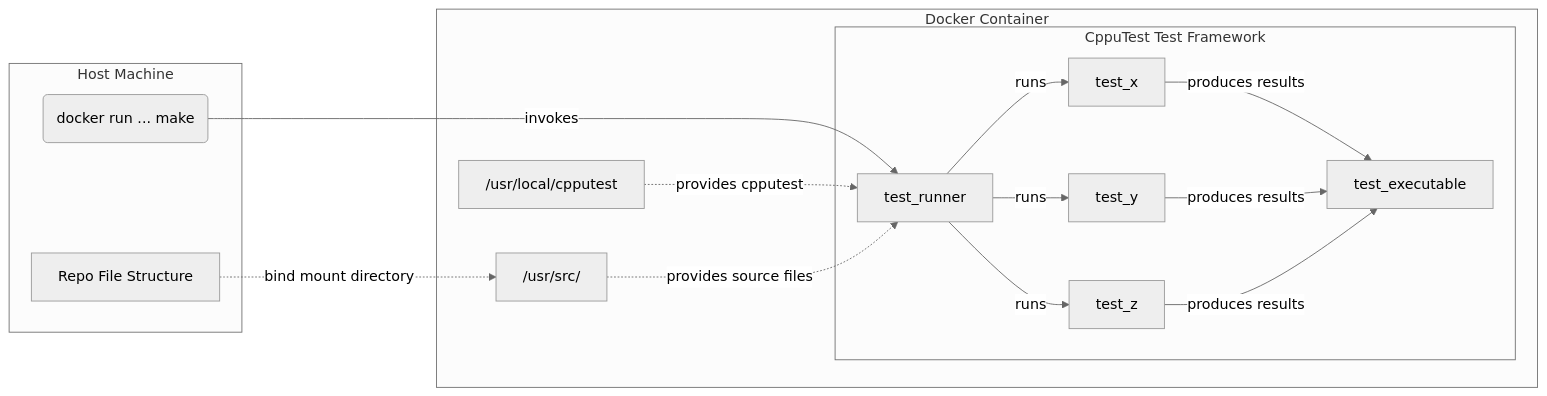
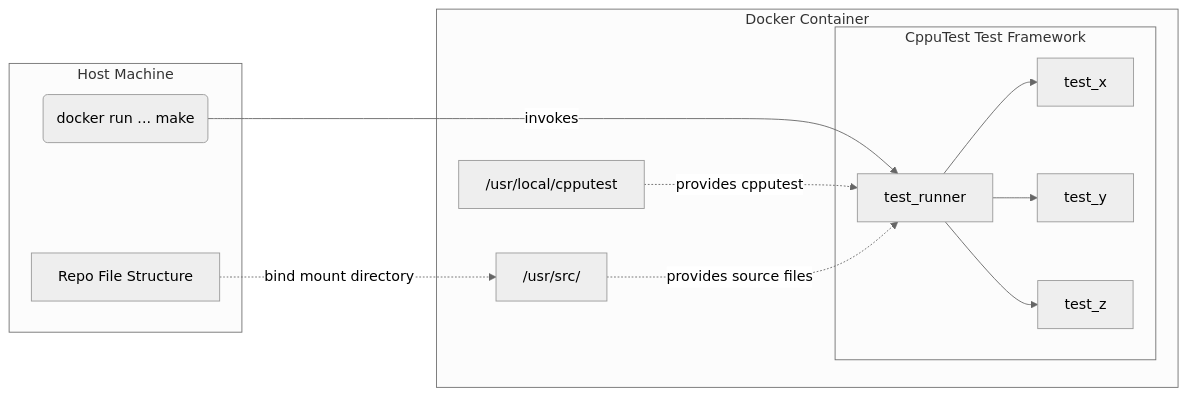
Before and after one commit to aknapper/Dockerized-Testing: the diagram in README.md, drawn with Mermaid (neutral theme).

Commit message:
cleanup diagram in readme

````diff
--- a/README.md
+++ b/README.md
@@ -4,33 +4,28 @@
 ```mermaid
 flowchart LR
 subgraph A[Host Machine]
     A-1["Repo File Structure"]
     A-2(docker run ... make)
     end
 
 subgraph B[Docker Container]
     B-1["/usr/local/cpputest"]
     B-2["/usr/src/"]
 
 subgraph C[CppuTest Test Framework]
     C1[test_runner]
-    C2[test_executable]
     test_x
     test_y
     test_z
     
     end
     end
 
     A-1 -. bind mount directory .-> B-2
     A-2 --> |invokes| C1
     B-1 -.-> |provides cpputest| C1
     B-2 -.-> |provides source files| C1
-    C1 --> |runs| test_x 
-    C1 --> |runs| test_y
-    C1 --> |runs| test_z
-    test_x --> |produces results| C2
-    test_y --> |produces results| C2
-    test_z --> |produces results| C2
-    
+    C1 --> test_x 
+    C1 --> test_y
+    C1 --> test_z
 ```
````
